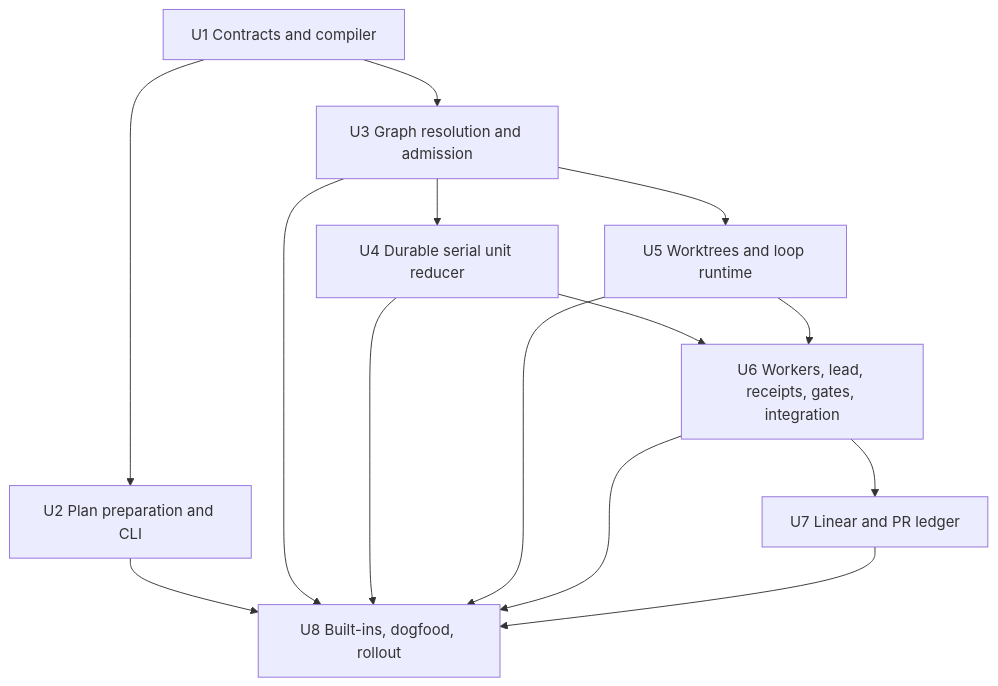
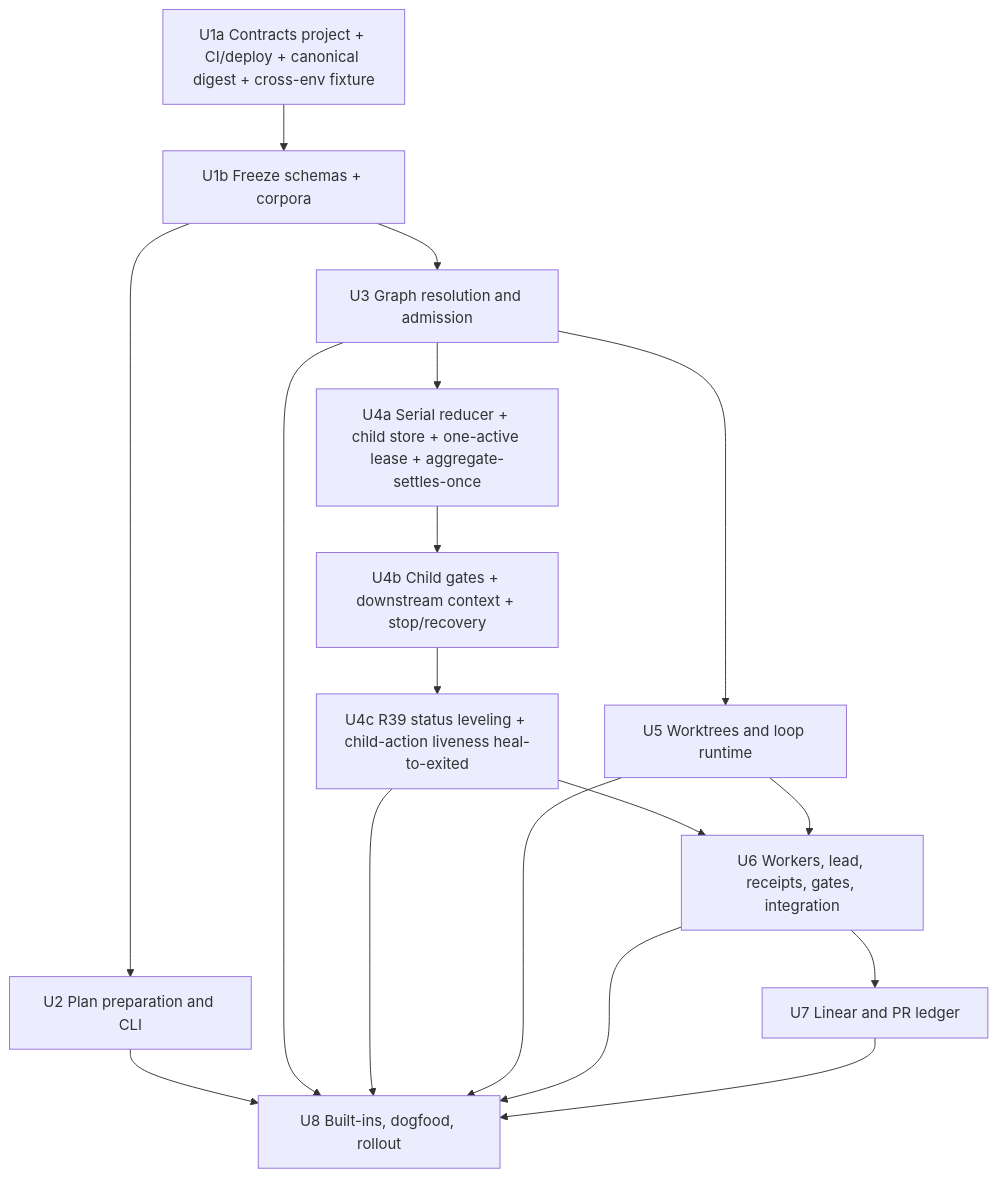
The fifth of 5 diagrams in docs/plans/2026-07-22-001-feat-repository-configurable-structured-workflows-plan.md (knoxgraeme/openthrottle), drawn with Mermaid before and after one commit. The commit also changed other lines of this file, not shown here.

````diff
--- a/docs/plans/2026-07-22-001-feat-repository-configurable-structured-workflows-plan.md
+++ b/docs/plans/2026-07-22-001-feat-repository-configurable-structured-workflows-plan.md
@@ -544,16 +552,19 @@
 ```mermaid
 flowchart TB
-  U1[U1 Contracts and compiler] --> U2[U2 Plan preparation and CLI]
-  U1 --> U3[U3 Graph resolution and admission]
-  U3 --> U4[U4 Durable serial unit reducer]
+  U1a[U1a Contracts project + CI/deploy + canonical digest + cross-env fixture] --> U1b[U1b Freeze schemas + corpora]
+  U1b --> U2[U2 Plan preparation and CLI]
+  U1b --> U3[U3 Graph resolution and admission]
+  U3 --> U4a[U4a Serial reducer + child store + one-active lease + aggregate-settles-once]
+  U4a --> U4b[U4b Child gates + downstream context + stop/recovery]
+  U4b --> U4c[U4c R39 status leveling + child-action liveness heal-to-exited]
   U3 --> U5[U5 Worktrees and loop runtime]
-  U4 --> U6[U6 Workers, lead, receipts, gates, integration]
+  U4c --> U6[U6 Workers, lead, receipts, gates, integration]
   U5 --> U6
   U6 --> U7[U7 Linear and PR ledger]
   U2 --> U8[U8 Built-ins, dogfood, rollout]
   U3 --> U8
-  U4 --> U8
+  U4c --> U8
   U5 --> U8
   U6 --> U8
   U7 --> U8
 ```
````
